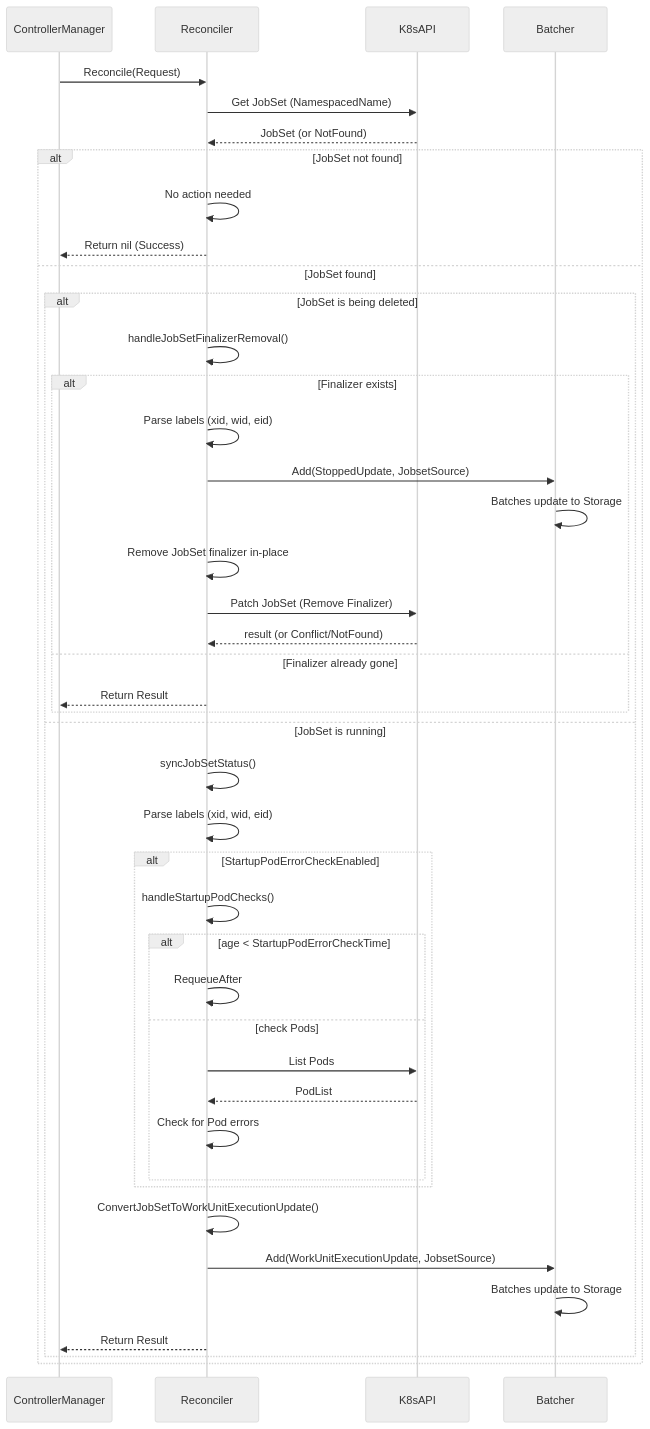
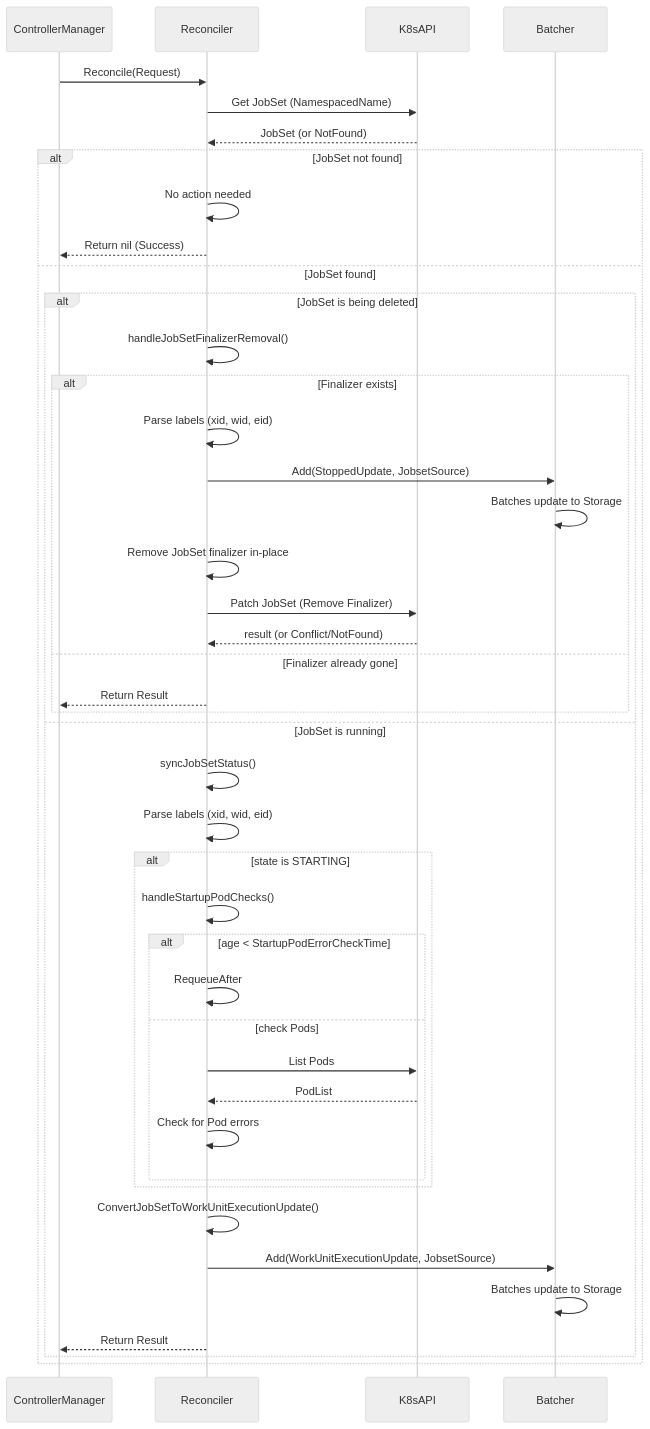
Before and after one commit to google/xmc: the diagram in docs/flows/artifacts/reconcile_jobset.mmd, drawn with Mermaid (neutral theme). The commit also changed 53 other files, not shown here.

First line of the commit message:
refactor(core): remove status_message_history_enabled, detect_inadmissible_work_units, and startup_pod_error_check_enabled flags

```diff
--- a/docs/flows/artifacts/reconcile_jobset.mmd
+++ b/docs/flows/artifacts/reconcile_jobset.mmd
@@ -1,45 +1,45 @@
 sequenceDiagram
     participant ControllerManager
     participant Reconciler
     participant K8sAPI
     participant Batcher
 
     ControllerManager->>Reconciler: Reconcile(Request)
     Reconciler->>K8sAPI: Get JobSet (NamespacedName)
     K8sAPI-->>Reconciler: JobSet (or NotFound)
 
     alt JobSet not found
         Reconciler->>Reconciler: No action needed
         Reconciler-->>ControllerManager: Return nil (Success)
     else JobSet found
         alt JobSet is being deleted
             Reconciler->>Reconciler: handleJobSetFinalizerRemoval()
             alt Finalizer exists
                 Reconciler->>Reconciler: Parse labels (xid, wid, eid)
                 Reconciler->>Batcher: Add(StoppedUpdate, JobsetSource)
                 Batcher->>Batcher: Batches update to Storage
                 Reconciler->>Reconciler: Remove JobSet finalizer in-place
                 Reconciler->>K8sAPI: Patch JobSet (Remove Finalizer)
                 K8sAPI-->>Reconciler: result (or Conflict/NotFound)
             else Finalizer already gone
                 Reconciler-->>ControllerManager: Return Result
             end
         else JobSet is running
             Reconciler->>Reconciler: syncJobSetStatus()
             Reconciler->>Reconciler: Parse labels (xid, wid, eid)
-            alt StartupPodErrorCheckEnabled
+            alt state is STARTING
                 Reconciler->>Reconciler: handleStartupPodChecks()
                 alt age < StartupPodErrorCheckTime
                     Reconciler->>Reconciler: RequeueAfter
                 else check Pods
                     Reconciler->>K8sAPI: List Pods
                     K8sAPI-->>Reconciler: PodList
                     Reconciler->>Reconciler: Check for Pod errors
                 end
             end
             Reconciler->>Reconciler: ConvertJobSetToWorkUnitExecutionUpdate()
             Reconciler->>Batcher: Add(WorkUnitExecutionUpdate, JobsetSource)
             Batcher->>Batcher: Batches update to Storage
             Reconciler-->>ControllerManager: Return Result
         end
     end
```
